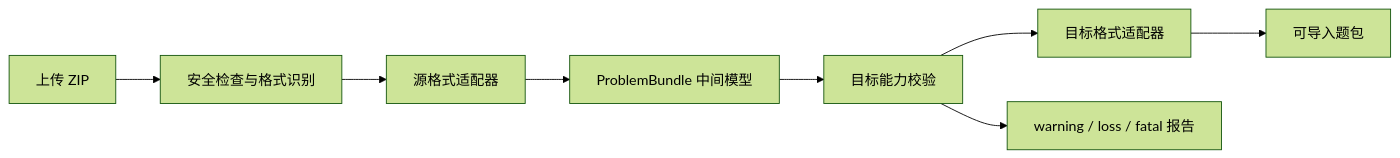
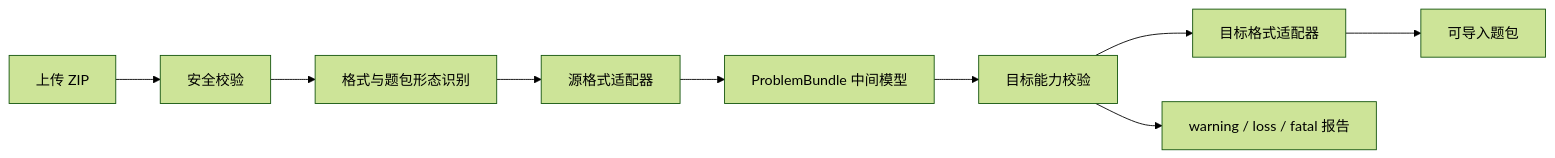
One commit to Albert-Li-Sz/Problem-Change-Center changed the diagram in README.md. Above: the diagram before and after it, drawn with Mermaid (forest theme). The commit also changed other lines of this file and 23 other files, not shown here.

````diff
--- a/README.md
+++ b/README.md
@@ -65,10 +36,11 @@
 ```mermaid
 flowchart LR
-    A["上传 ZIP"] --> B["安全检查与格式识别"]
-    B --> C["源格式适配器"]
-    C --> D["ProblemBundle 中间模型"]
-    D --> E["目标能力校验"]
-    E --> F["目标格式适配器"]
-    F --> G["可导入题包"]
-    E --> H["warning / loss / fatal 报告"]
+    A["上传 ZIP"] --> B["安全校验"]
+    B --> C["格式与题包形态识别"]
+    C --> D["源格式适配器"]
+    D --> E["ProblemBundle 中间模型"]
+    E --> F["目标能力校验"]
+    F --> G["目标格式适配器"]
+    G --> H["可导入题包"]
+    F --> I["warning / loss / fatal 报告"]
 ```
````
